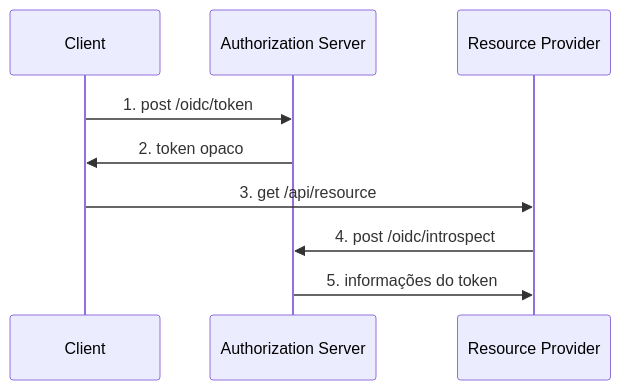
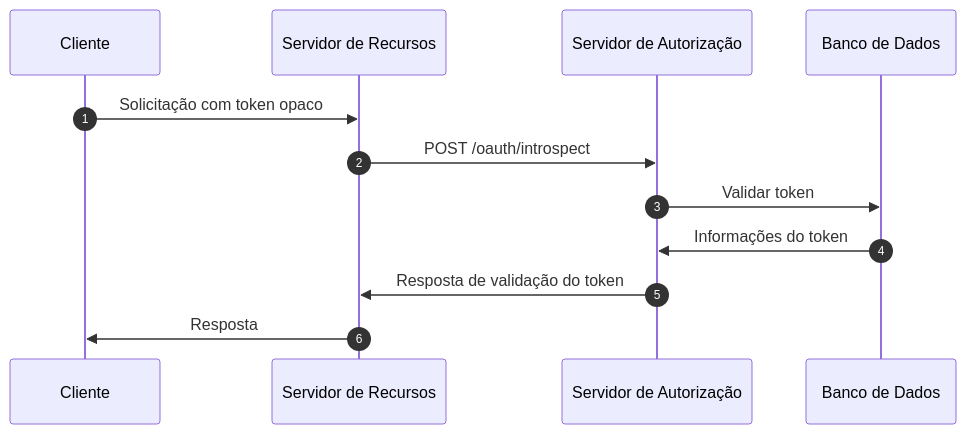
The third of 5 diagrams in src/content/terms/pt-br/opaque-token.mdx (logto-io/auth-wiki), drawn with Mermaid before and after one commit. The commit also changed other lines of this file and 95 other files, not shown here.

````diff
--- a/src/content/terms/pt-br/opaque-token.mdx
+++ b/src/content/terms/pt-br/opaque-token.mdx
@@ -49,13 +80,15 @@
 ```mermaid
 sequenceDiagram
-    participant C as Client
-    participant AS as Authorization Server
-    participant RP as Resource Provider
+    participant C as Cliente
+    participant RS as Servidor de Recursos
+    participant AS as Servidor de Autorização
+    participant D as Banco de Dados
+    autonumber
 
-    C ->> AS: 1. post /oidc/token
-    AS ->> C: 2. token opaco
-    C ->> RP: 3. get /api/resource
-    RP ->> AS: 4. post /oidc/introspect
-    AS ->> RP: 5. informações do token
-
+    C->>RS: Solicitação com token opaco
+    RS->>AS: POST /oauth/introspect
+    AS->>D: Validar token
+    D->>AS: Informações do token
+    AS->>RS: Resposta de validação do token
+    RS->>C: Resposta
 ```
````
